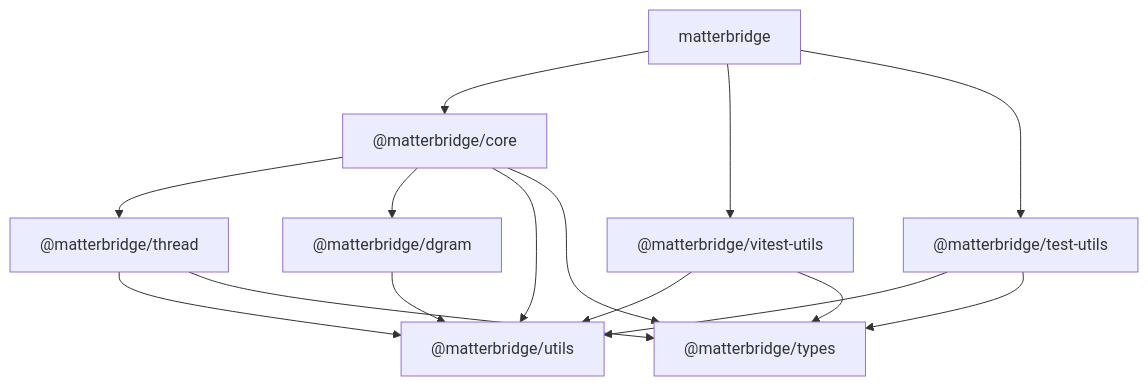
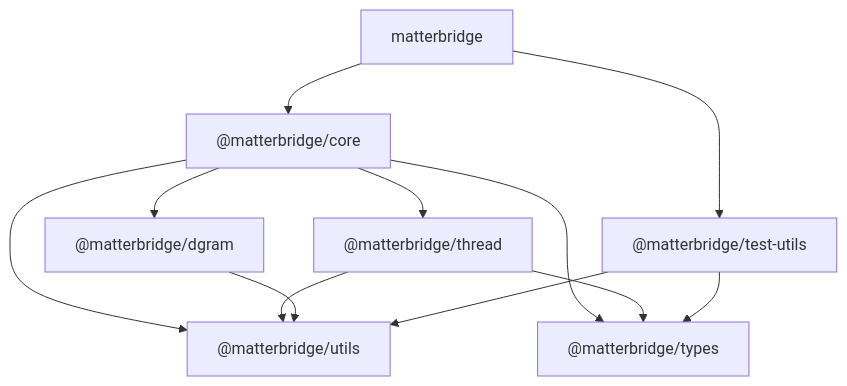
One commit to Luligu/matterbridge changed the diagram in README.md. Above: the diagram before and after it, drawn with Mermaid. The commit also changed other lines of this file and 297 other files, not shown here.

````diff
--- a/README.md
+++ b/README.md
@@ -796,28 +794,24 @@
 ```mermaid
 graph TD
   matterbridge["matterbridge"]
   core["@matterbridge/core"]
   thread["@matterbridge/thread"]
   dgram["@matterbridge/dgram"]
   utils["@matterbridge/utils"]
   types["@matterbridge/types"]
-  vitestutils["@matterbridge/vitest-utils"]
   testutils["@matterbridge/test-utils"]
 
   matterbridge --> core
-  matterbridge --> vitestutils
   matterbridge --> testutils
 
   core --> thread
   core --> dgram
   core --> utils
   core --> types
 
   thread --> utils
   thread --> types
   dgram --> utils
-  vitestutils --> utils
-  vitestutils --> types
   testutils --> utils
   testutils --> types
 ```
````
